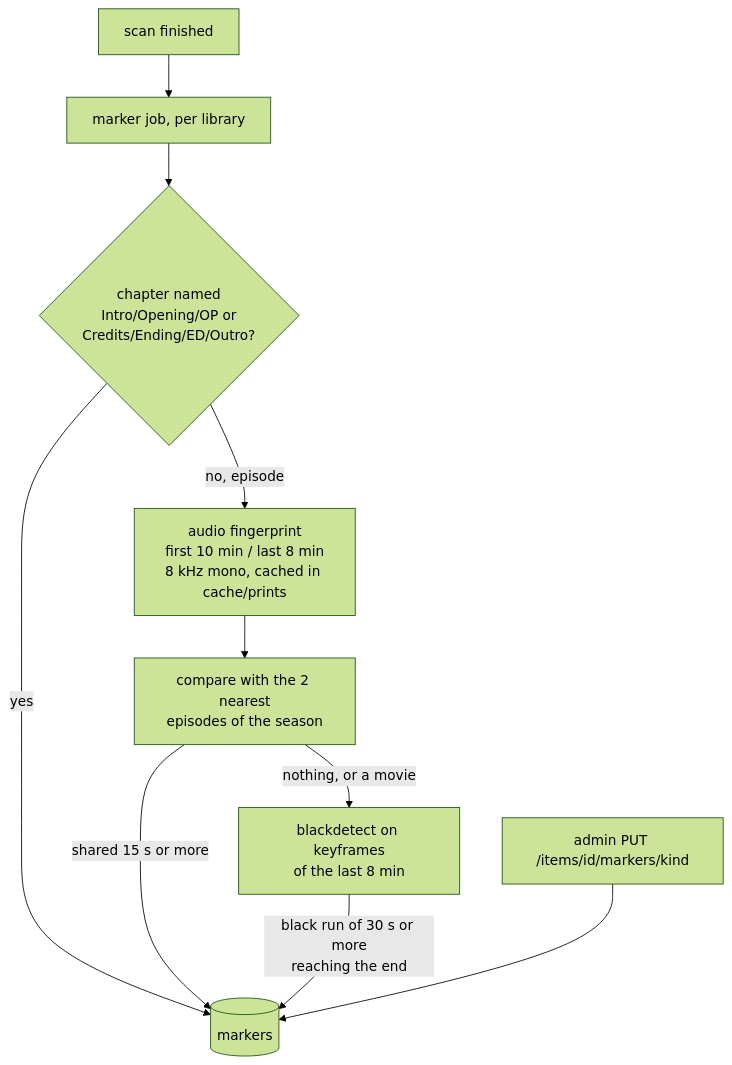
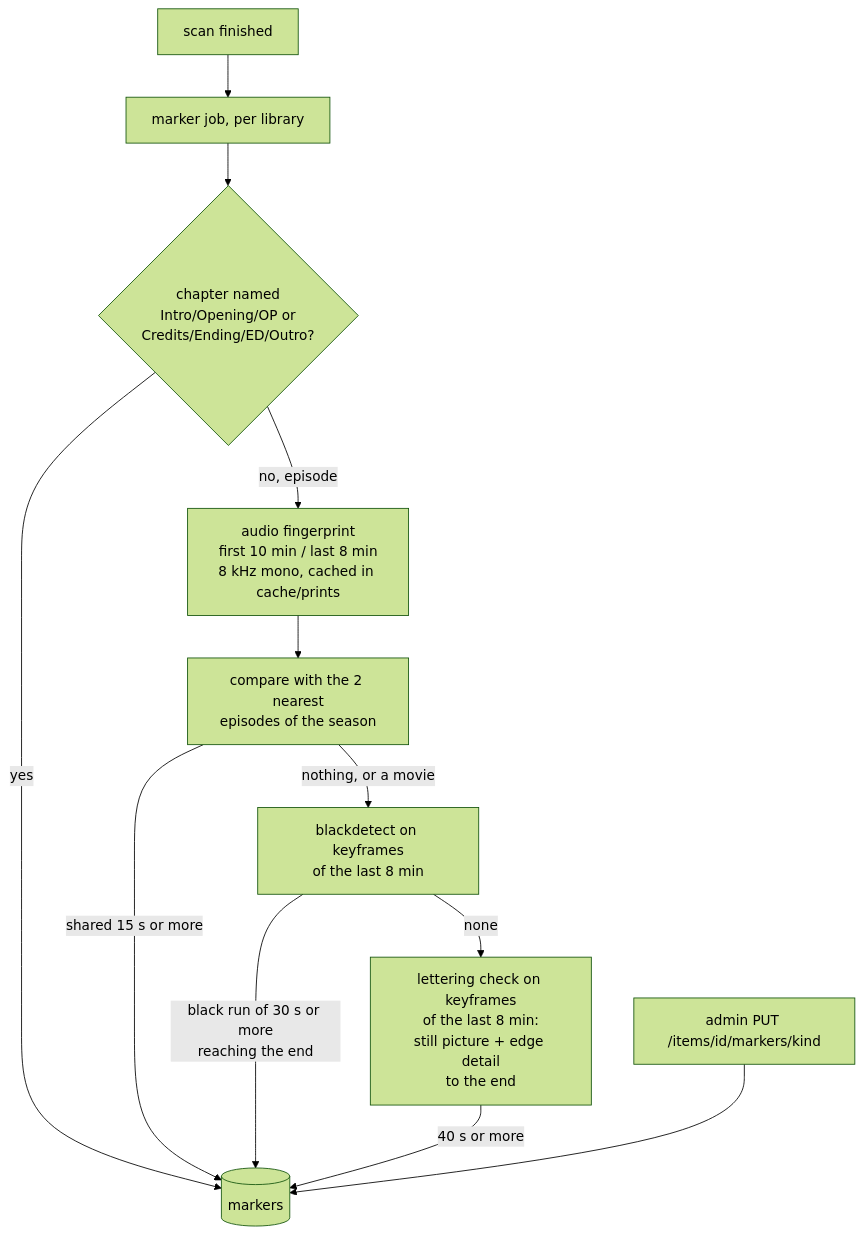
One commit to aiyu-ayaan/Kinema changed the third of 3 diagrams in development/docs/media-pipeline.md. Above: the diagram before and after it, drawn with Mermaid (forest theme). The commit also changed other lines of this file and 4 other files, not shown here.

Commit message:
feat(markers) : Find end credits over lit footage by stable picture with lettering on it

````diff
--- a/development/docs/media-pipeline.md
+++ b/development/docs/media-pipeline.md
@@ -147,12 +147,14 @@
 ```mermaid
 flowchart TD
   Scan[scan finished] --> Job[marker job, per library]
   Job --> Ch{chapter named<br/>Intro/Opening/OP or<br/>Credits/Ending/ED/Outro?}
   Ch -- yes --> Save
   Ch -- no, episode --> FP[audio fingerprint<br/>first 10 min / last 8 min<br/>8 kHz mono, cached in cache/prints]
   FP --> Cmp[compare with the 2 nearest<br/>episodes of the season]
   Cmp -- shared 15 s or more --> Save
   Cmp -- nothing, or a movie --> Black[blackdetect on keyframes<br/>of the last 8 min]
   Black -- black run of 30 s or more<br/>reaching the end --> Save[(markers)]
+  Black -- none --> Text[lettering check on keyframes<br/>of the last 8 min:<br/>still picture + edge detail<br/>to the end]
+  Text -- 40 s or more --> Save
   Admin[admin PUT /items/id/markers/kind] --> Save
 ```
````
